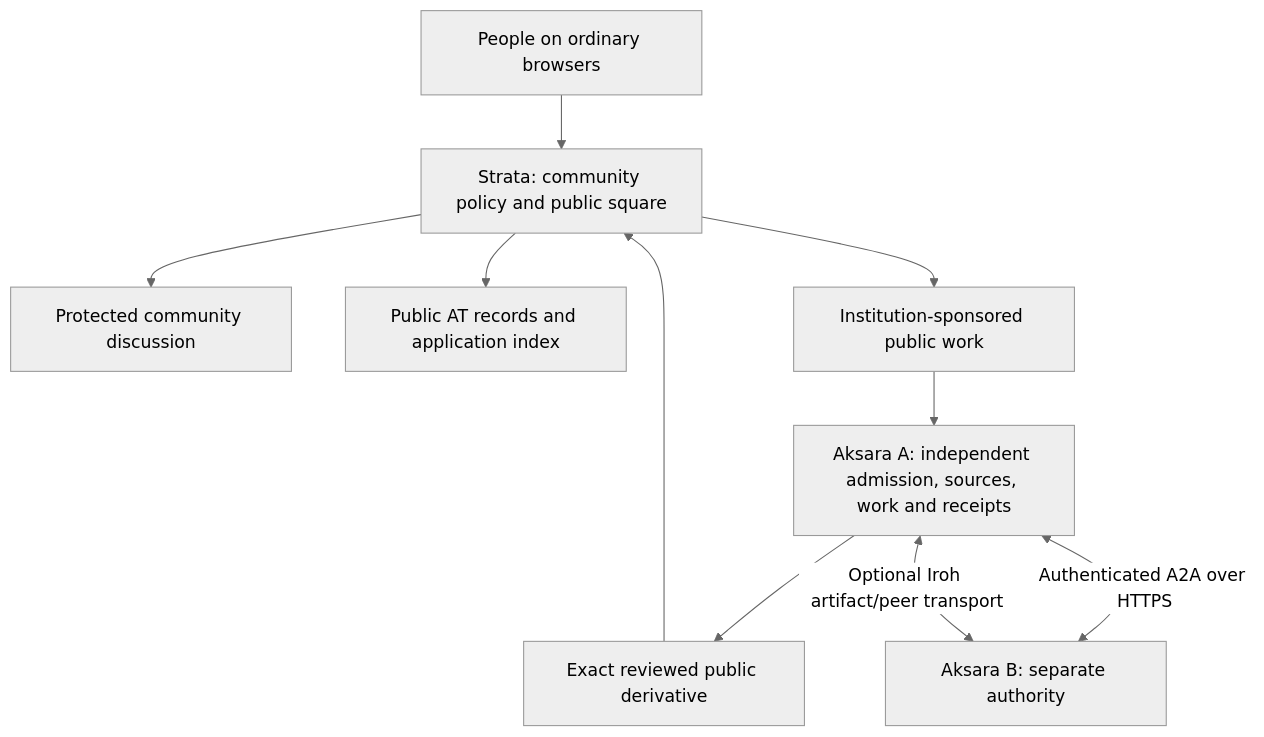
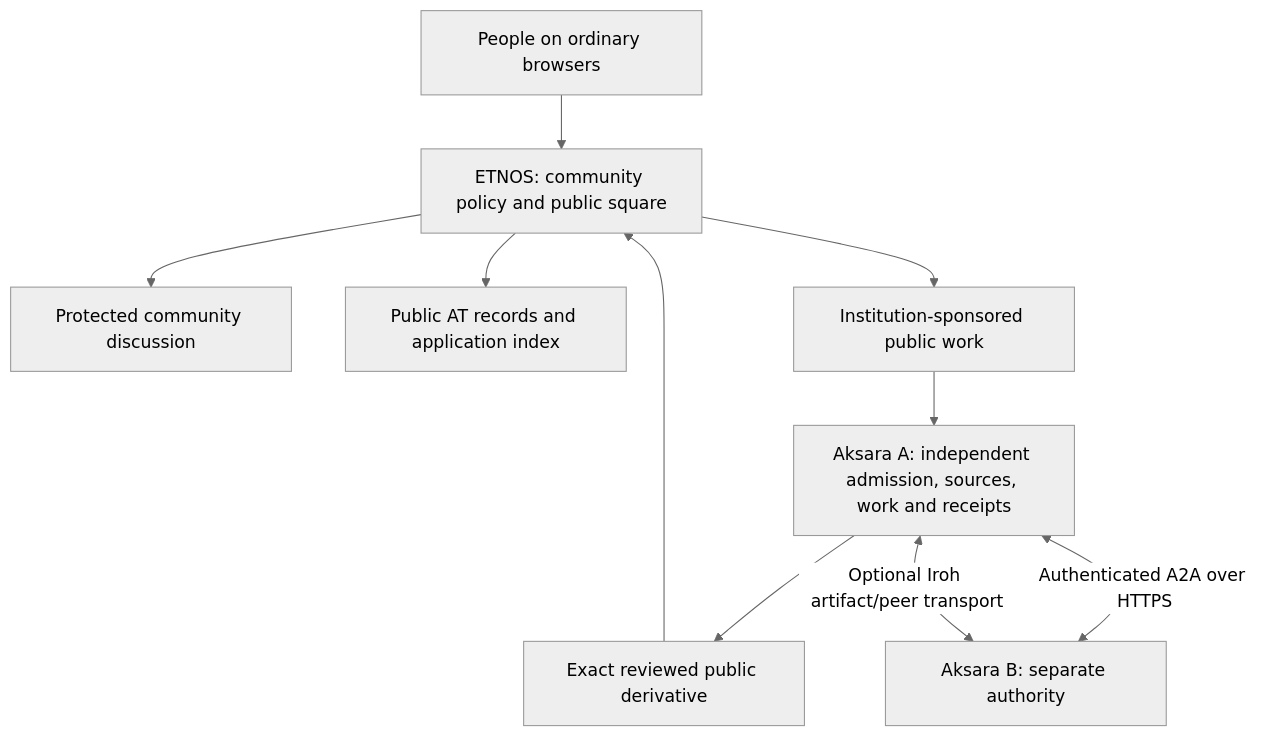
One commit to yohn-maistre/ETNOS changed the diagram in docs/accounts-and-hosting/architecture.md. Above: the diagram before and after it, drawn with Mermaid (neutral theme). The commit also changed other lines of this file and 132 other files, not shown here.

````diff
--- a/docs/accounts-and-hosting/architecture.md
+++ b/docs/accounts-and-hosting/architecture.md
@@ -11,12 +11,12 @@
 ```mermaid
 flowchart TD
-  Human[People on ordinary browsers] --> Strata[Strata: community policy and public square]
-  Strata --> Private[Protected community discussion]
-  Strata --> AT[Public AT records and application index]
-  Strata --> Requests[Institution-sponsored public work]
+  Human[People on ordinary browsers] --> ETNOS[ETNOS: community policy and public square]
+  ETNOS --> Private[Protected community discussion]
+  ETNOS --> AT[Public AT records and application index]
+  ETNOS --> Requests[Institution-sponsored public work]
   Requests --> A[Aksara A: independent admission, sources, work and receipts]
   A --> Release[Exact reviewed public derivative]
-  Release --> Strata
+  Release --> ETNOS
   A <-->|Authenticated A2A over HTTPS| B[Aksara B: separate authority]
   A <-->|Optional Iroh artifact/peer transport| B
 ```
````
